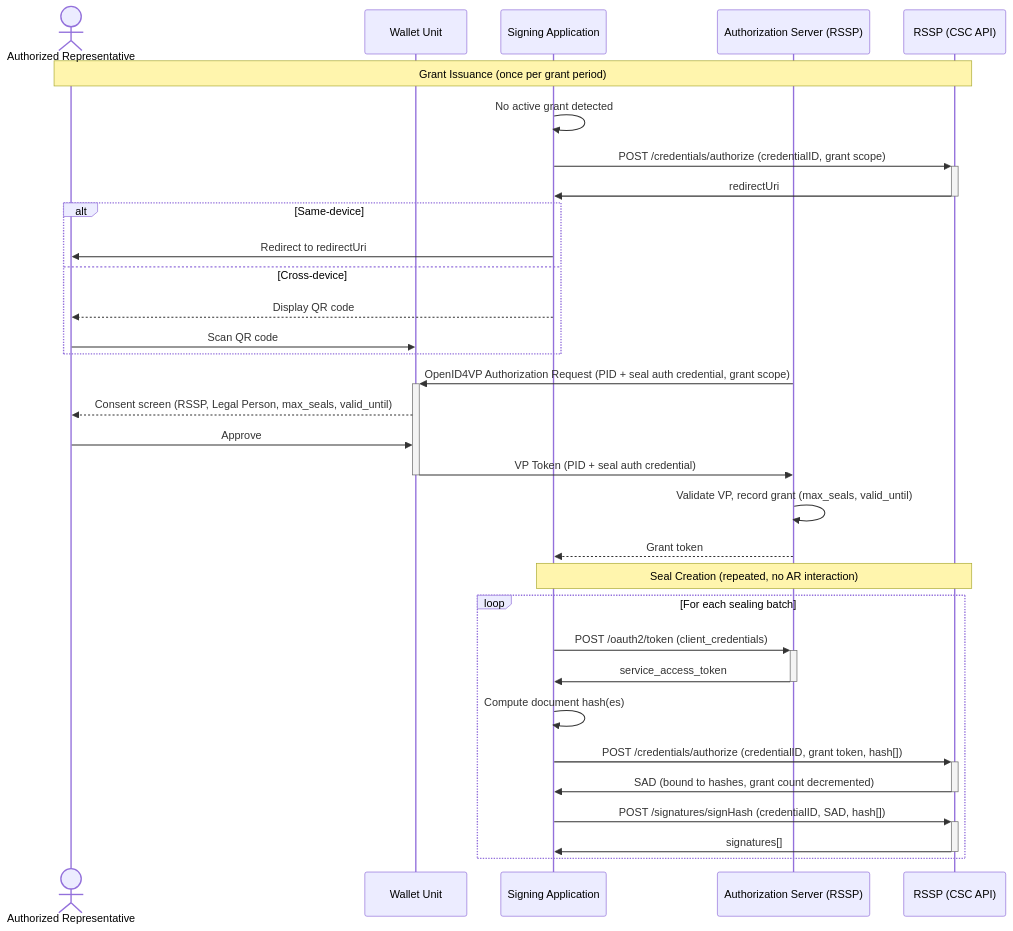
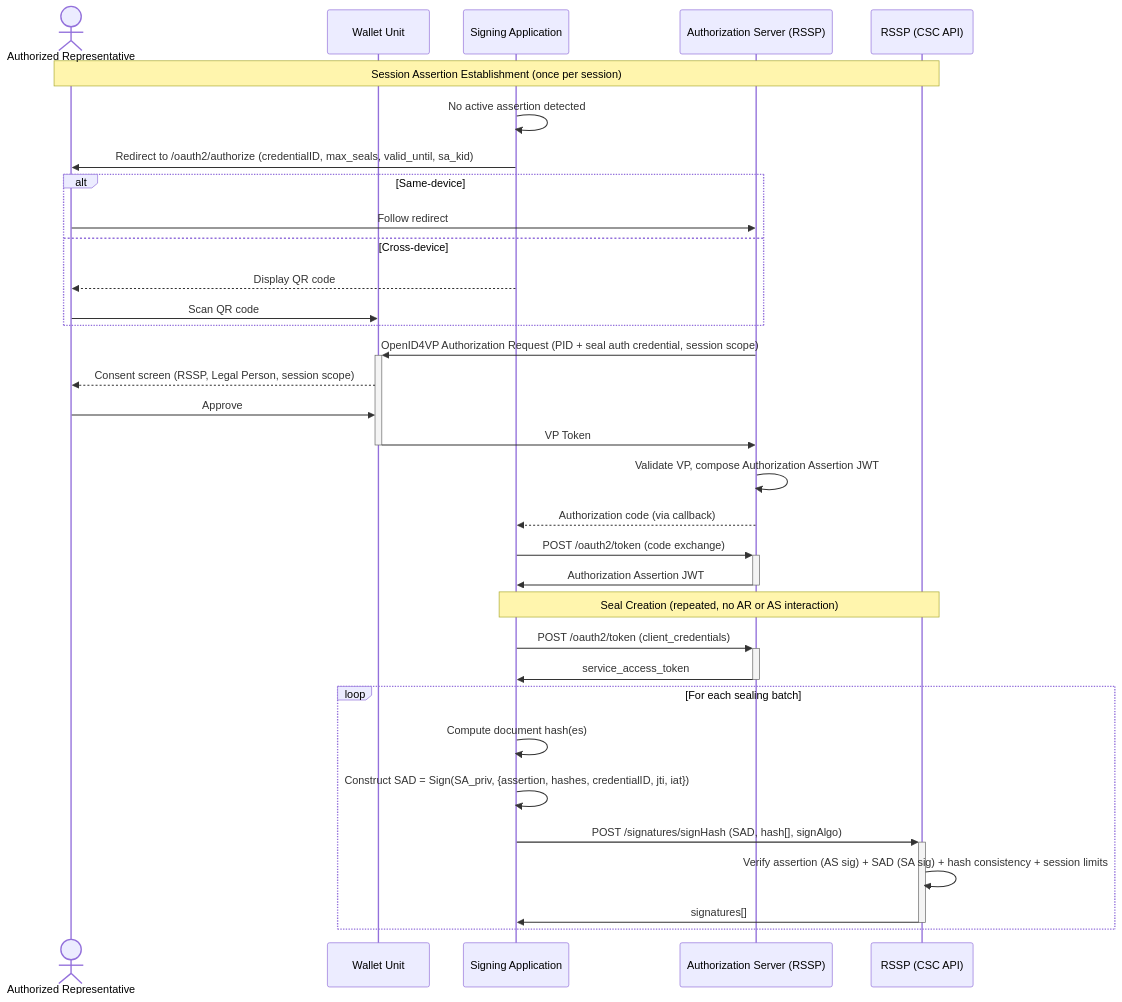
One commit to webuild-consortium/wp4-architecture changed the diagram in conformance-specs/cs-04-remote-qualified-seals.md. Above: the diagram before and after it, drawn with Mermaid. The commit also changed other lines of this file, not shown here.

````diff
--- a/conformance-specs/cs-04-remote-qualified-seals.md
+++ b/conformance-specs/cs-04-remote-qualified-seals.md
@@ -177,44 +188,44 @@
 ```mermaid
 sequenceDiagram
     actor AR as Authorized Representative
     participant WU as Wallet Unit
     participant SA as Signing Application
     participant AS as Authorization Server (RSSP)
     participant RSSP as RSSP (CSC API)
 
-    note over AR,RSSP: Grant Issuance (once per grant period)
+    note over AR,RSSP: Session Assertion Establishment (once per session)
 
-    SA->>SA: No active grant detected
-    SA->>+RSSP: POST /credentials/authorize (credentialID, grant scope)
-    RSSP->>-SA: redirectUri
+    SA->>SA: No active assertion detected
+    SA->>AR: Redirect to /oauth2/authorize (credentialID, max_seals, valid_until, sa_kid)
 
     alt Same-device
-        SA->>AR: Redirect to redirectUri
+        AR->>AS: Follow redirect
     else Cross-device
         SA-->>AR: Display QR code
         AR->>WU: Scan QR code
     end
 
-    AS->>+WU: OpenID4VP Authorization Request (PID + seal auth credential, grant scope)
-    WU-->>AR: Consent screen (RSSP, Legal Person, max_seals, valid_until)
+    AS->>+WU: OpenID4VP Authorization Request (PID + seal auth credential, session scope)
+    WU-->>AR: Consent screen (RSSP, Legal Person, session scope)
     AR->>WU: Approve
-    WU->>-AS: VP Token (PID + seal auth credential)
+    WU->>-AS: VP Token
 
-    AS->>AS: Validate VP, record grant (max_seals, valid_until)
-    AS-->>SA: Grant token
+    AS->>AS: Validate VP, compose Authorization Assertion JWT
+    AS-->>SA: Authorization code (via callback)
 
-    note over SA,RSSP: Seal Creation (repeated, no AR interaction)
+    SA->>+AS: POST /oauth2/token (code exchange)
+    AS->>-SA: Authorization Assertion JWT
+
+    note over SA,RSSP: Seal Creation (repeated, no AR or AS interaction)
+
+    SA->>+AS: POST /oauth2/token (client_credentials)
+    AS->>-SA: service_access_token
 
     loop For each sealing batch
-        SA->>+AS: POST /oauth2/token (client_credentials)
-        AS->>-SA: service_access_token
-
         SA->>SA: Compute document hash(es)
-
-        SA->>+RSSP: POST /credentials/authorize (credentialID, grant token, hash[])
-        RSSP->>-SA: SAD (bound to hashes, grant count decremented)
-
-        SA->>+RSSP: POST /signatures/signHash (credentialID, SAD, hash[])
+        SA->>SA: Construct SAD = Sign(SA_priv, {assertion, hashes, credentialID, jti, iat})
+        SA->>+RSSP: POST /signatures/signHash (SAD, hash[], signAlgo)
+        RSSP->>RSSP: Verify assertion (AS sig) + SAD (SA sig) + hash consistency + session limits
         RSSP->>-SA: signatures[]
     end
 ```
````
